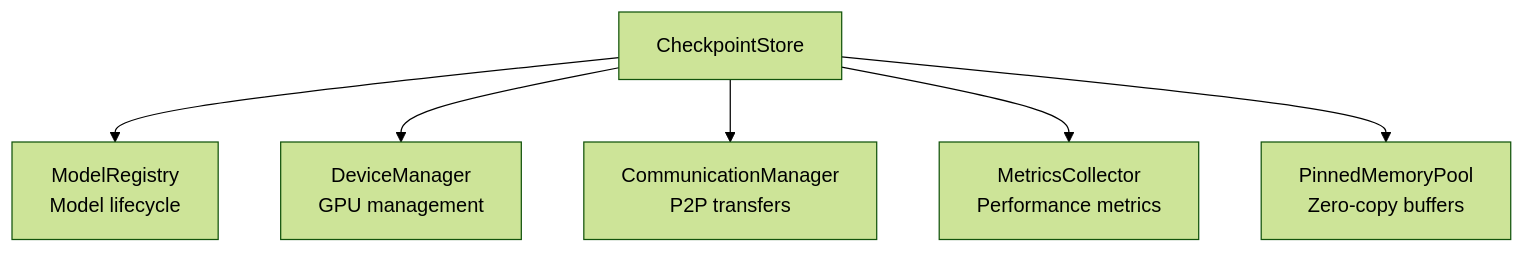
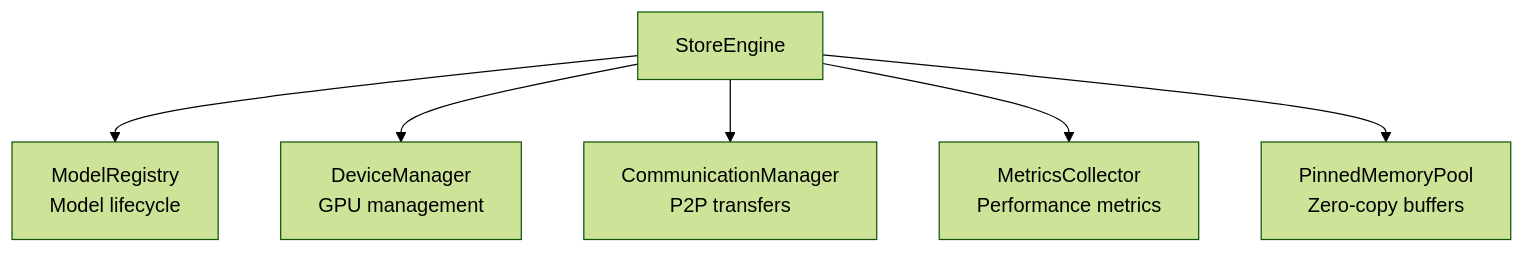
Before and after one commit to tensorcast-ai/tensorcast: the fourth of 4 diagrams in web-docs/docs/developer-guides/architecture/store-daemon.md, drawn with Mermaid (forest theme). The commit also changed other lines of this file and 54 other files, not shown here.

Commit message:
refactor: rename CheckpointStore to StoreEngine

````diff
--- a/web-docs/docs/developer-guides/architecture/store-daemon.md
+++ b/web-docs/docs/developer-guides/architecture/store-daemon.md
@@ -172,8 +172,8 @@
 ```mermaid
 graph TD
-    CS[CheckpointStore] --> MR[ModelRegistry<br/>Model lifecycle]
+    CS[StoreEngine] --> MR[ModelRegistry<br/>Model lifecycle]
     CS --> DM[DeviceManager<br/>GPU management]
     CS --> CM[CommunicationManager<br/>P2P transfers]
     CS --> MC[MetricsCollector<br/>Performance metrics]
     CS --> PM[PinnedMemoryPool<br/>Zero-copy buffers]
 ```
````
